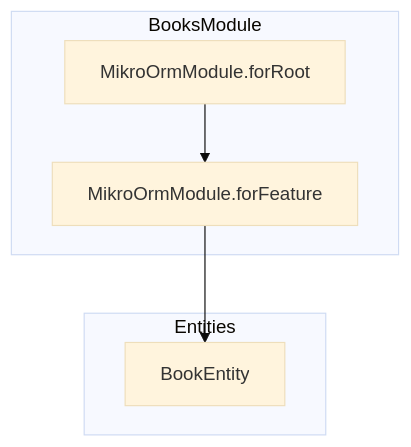
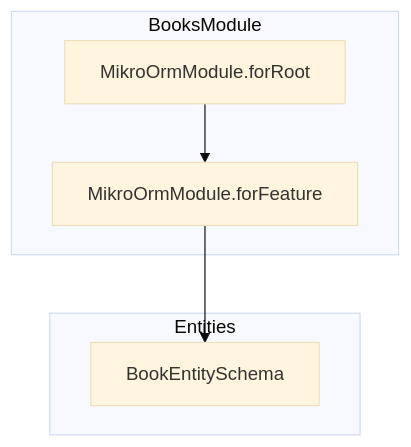
Before and after one commit to Agustin-Perezz/scaffold-nestjs: the fourth of 4 diagrams in docs/01_ARCHITECTURE.md, drawn with Mermaid (base theme). The commit also changed other lines of this file and 5 other files, not shown here.

````diff
--- a/docs/01_ARCHITECTURE.md
+++ b/docs/01_ARCHITECTURE.md
@@ -183,14 +179,14 @@
 ```mermaid
 graph TB
     subgraph BooksModule
         A[MikroOrmModule.forRoot]
         B[MikroOrmModule.forFeature]
     end
 
     subgraph Entities
-        C[BookEntity]
+        C[BookEntitySchema]
     end
 
     A --> B
     B --> C
 ```
````
